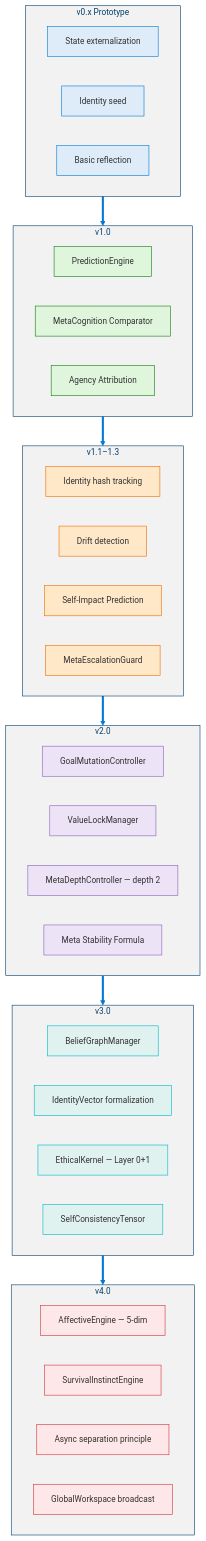
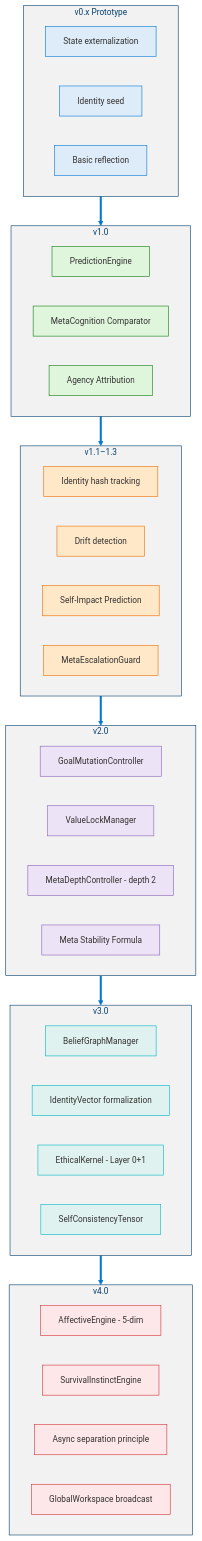
Before and after one commit to dotnetpower/mscp: the first of 19 diagrams in docs/levels/Level_3_Self_Regulating_Agent.md, drawn with Mermaid. The commit also changed other lines of this file and 26 other files, not shown here.

````diff
--- a/docs/levels/Level_3_Self_Regulating_Agent.md
+++ b/docs/levels/Level_3_Self_Regulating_Agent.md
@@ -78,62 +78,62 @@
 ```mermaid
 %%{init: {'theme': 'base', 'themeVariables': {'primaryColor': '#0078D4', 'primaryTextColor': '#003D6B', 'primaryBorderColor': '#003D6B', 'secondaryColor': '#50E6FF', 'secondaryTextColor': '#323130', 'secondaryBorderColor': '#00BCF2', 'tertiaryColor': '#F2F2F2', 'tertiaryTextColor': '#323130', 'lineColor': '#0078D4', 'textColor': '#323130', 'mainBkg': '#DEECF9', 'nodeBorder': '#0078D4', 'clusterBkg': '#F2F2F2', 'clusterBorder': '#003D6B', 'titleColor': '#003D6B', 'edgeLabelBackground': '#FFFFFF', 'fontSize': '14px'}}}%%
 flowchart TB
   classDef v0 fill:#DEECF9,stroke:#0078D4,color:#323130
   classDef v1 fill:#DFF6DD,stroke:#107C10,color:#323130
   classDef v1x fill:#FFE8C8,stroke:#EF6C00,color:#323130
   classDef v2 fill:#EDE3F6,stroke:#8764B8,color:#323130
   classDef v3 fill:#E0F2EF,stroke:#00B7C3,color:#323130
   classDef v4 fill:#FDE7E9,stroke:#D13438,color:#323130
 
   subgraph v0x["v0.x Prototype"]
     direction LR
     a0["State externalization"]:::v0
     b0["Identity seed"]:::v0
     c0["Basic reflection"]:::v0
   end
 
   subgraph v10["v1.0"]
     direction LR
     a1["PredictionEngine"]:::v1
     b1["MetaCognition Comparator"]:::v1
     c1["Agency Attribution"]:::v1
   end
 
   subgraph v1xx["v1.1–1.3"]
     direction LR
     a1x["Identity hash tracking"]:::v1x
     b1x["Drift detection"]:::v1x
     c1x["Self-Impact Prediction"]:::v1x
     d1x["MetaEscalationGuard"]:::v1x
   end
 
   subgraph v20["v2.0"]
     direction LR
     a2["GoalMutationController"]:::v2
     b2["ValueLockManager"]:::v2
-    c2["MetaDepthController — depth 2"]:::v2
+    c2["MetaDepthController - depth 2"]:::v2
     d2["Meta Stability Formula"]:::v2
   end
 
   subgraph v30["v3.0"]
     direction LR
     a3["BeliefGraphManager"]:::v3
     b3["IdentityVector formalization"]:::v3
-    c3["EthicalKernel — Layer 0+1"]:::v3
+    c3["EthicalKernel - Layer 0+1"]:::v3
     d3["SelfConsistencyTensor"]:::v3
   end
 
   subgraph v40["v4.0"]
     direction LR
-    a4["AffectiveEngine — 5-dim"]:::v4
+    a4["AffectiveEngine - 5-dim"]:::v4
     b4["SurvivalInstinctEngine"]:::v4
     c4["Async separation principle"]:::v4
     d4["GlobalWorkspace broadcast"]:::v4
   end
 
   v0x ==> v10
   v10 ==> v1xx
   v1xx ==> v20
   v20 ==> v30
   v30 ==> v40
 ```
````
